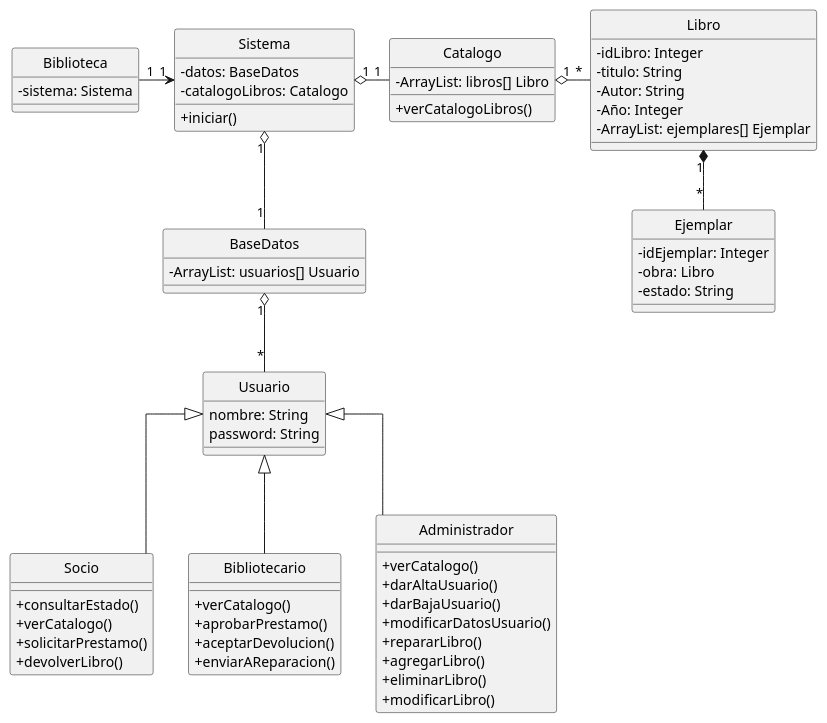
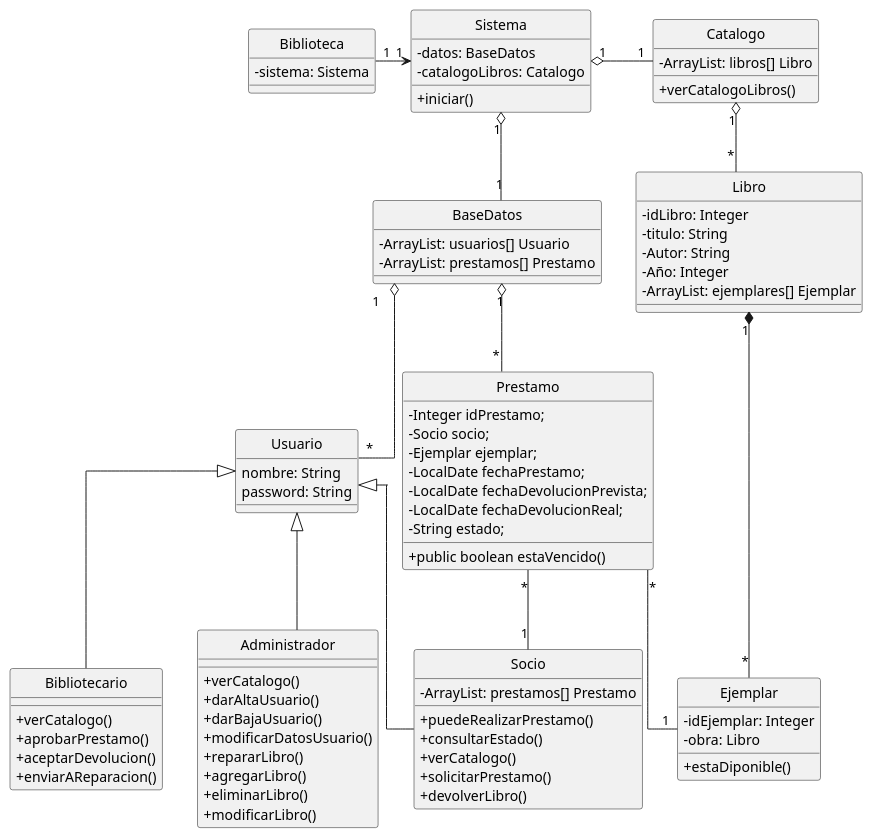
The diagram in diagramaClasesBiblioteca.puml (jonimp/Biblioteca), drawn with PlantUML before and after one commit. The commit also changed 9 other files, not shown here.

Commit message:
Arreglo de diagrama

```diff
--- a/diagramaClasesBiblioteca.puml
+++ b/diagramaClasesBiblioteca.puml
@@ -1,81 +1,97 @@
 @startuml
 hide circle
 skinparam classAttributeIconSize 0
 skinparam linetype ortho
 
 class Biblioteca {
     -sistema: Sistema
 }
 
 class Catalogo {
     -ArrayList: libros[] Libro
     +verCatalogoLibros()
 }
 
 class Libro {
     -idLibro: Integer
     -titulo: String
     -Autor: String
     -Año: Integer
     -ArrayList: ejemplares[] Ejemplar
 }
 
 class Ejemplar {
     -idEjemplar: Integer
     -obra: Libro
-    -estado: String
+    +estaDiponible()
 }
 
 class Sistema {
     -datos: BaseDatos
     -catalogoLibros: Catalogo
     +iniciar()
 }
 
 class BaseDatos {
     -ArrayList: usuarios[] Usuario
+    -ArrayList: prestamos[] Prestamo
 }
 
 class Usuario {
     nombre: String
     password: String
 }
 
 class Socio {
+    -ArrayList: prestamos[] Prestamo
+    +puedeRealizarPrestamo()
     +consultarEstado()
     +verCatalogo()
     +solicitarPrestamo()
     +devolverLibro()
 }
 
 class Bibliotecario {
     +verCatalogo()
     +aprobarPrestamo()
     +aceptarDevolucion()
     +enviarAReparacion()
 }
 
 class Administrador {
     +verCatalogo()
     +darAltaUsuario()
     +darBajaUsuario()
     +modificarDatosUsuario()
     +repararLibro()
     +agregarLibro()
     +eliminarLibro()
     +modificarLibro()
 }
 
+class Prestamo {
+    -Integer idPrestamo;
+    -Socio socio;
+    -Ejemplar ejemplar;
+    -LocalDate fechaPrestamo;
+    -LocalDate fechaDevolucionPrevista;
+    -LocalDate fechaDevolucionReal;
+    -String estado;
+    +public boolean estaVencido()
+}
 
+Prestamo "*" -- "1" Socio
+Prestamo "*" -- "1" Ejemplar
+BaseDatos "1" o-- "*" Prestamo
 Biblioteca "1" -> "1" Sistema
 Catalogo "1" o- "*" Libro
 Libro "1" *-- "*" Ejemplar
 Sistema "1" o-- "1" BaseDatos
 Sistema "1" o- "1" Catalogo
 BaseDatos "1" o-- "*" Usuario
 Usuario <|-- Socio
 Usuario <|-- Bibliotecario
 Usuario <|-- Administrador
 
 
 @enduml
```
